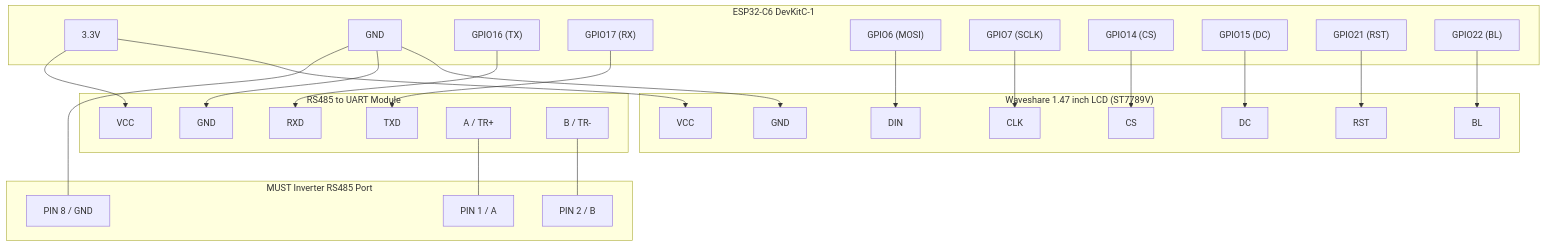
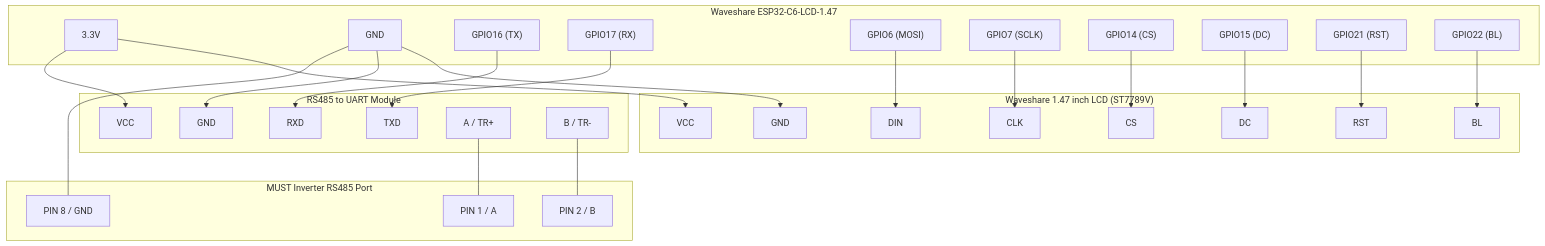
One commit to set-st/esphome-must-inverter changed the diagram in README-must-ph19.md. Above: the diagram before and after it, drawn with Mermaid. The commit also changed other lines of this file, not shown here.

````diff
--- a/README-must-ph19.md
+++ b/README-must-ph19.md
@@ -25,62 +28,62 @@
 ```mermaid
 graph TD
-    subgraph "ESP32-C6 DevKitC-1"
+    subgraph "Waveshare ESP32-C6-LCD-1.47"
         3V3["3.3V"]
         GND1["GND"]
         G16["GPIO16 (TX)"]
         G17["GPIO17 (RX)"]
         G6["GPIO6 (MOSI)"]
         G7["GPIO7 (SCLK)"]
         G14["GPIO14 (CS)"]
         G15["GPIO15 (DC)"]
         G21["GPIO21 (RST)"]
         G22["GPIO22 (BL)"]
     end
 
     subgraph "Waveshare 1.47 inch LCD (ST7789V)"
         LCD_VCC["VCC"]
         LCD_GND["GND"]
         LCD_DIN["DIN"]
         LCD_CLK["CLK"]
         LCD_CS["CS"]
         LCD_DC["DC"]
         LCD_RST["RST"]
         LCD_BL["BL"]
     end
 
     subgraph "RS485 to UART Module"
         RS_VCC["VCC"]
         RS_GND["GND"]
         RS_RXD["RXD"]
         RS_TXD["TXD"]
         RS_A["A / TR+"]
         RS_B["B / TR-"]
     end
 
     subgraph "MUST Inverter RS485 Port"
         INV_A["PIN 1 / A"]
         INV_B["PIN 2 / B"]
         INV_GND["PIN 8 / GND"]
     end
 
     %% LCD Connections
     3V3 --> LCD_VCC
     GND1 --> LCD_GND
     G6 --> LCD_DIN
     G7 --> LCD_CLK
     G14 --> LCD_CS
     G15 --> LCD_DC
     G21 --> LCD_RST
     G22 --> LCD_BL
 
     %% RS485 Connections
     3V3 --> RS_VCC
     GND1 --> RS_GND
     G16 --> RS_RXD
     G17 --> RS_TXD
 
     %% Modbus to Inverter
     RS_A --- INV_A
     RS_B --- INV_B
     GND1 --- INV_GND
 ```
````
